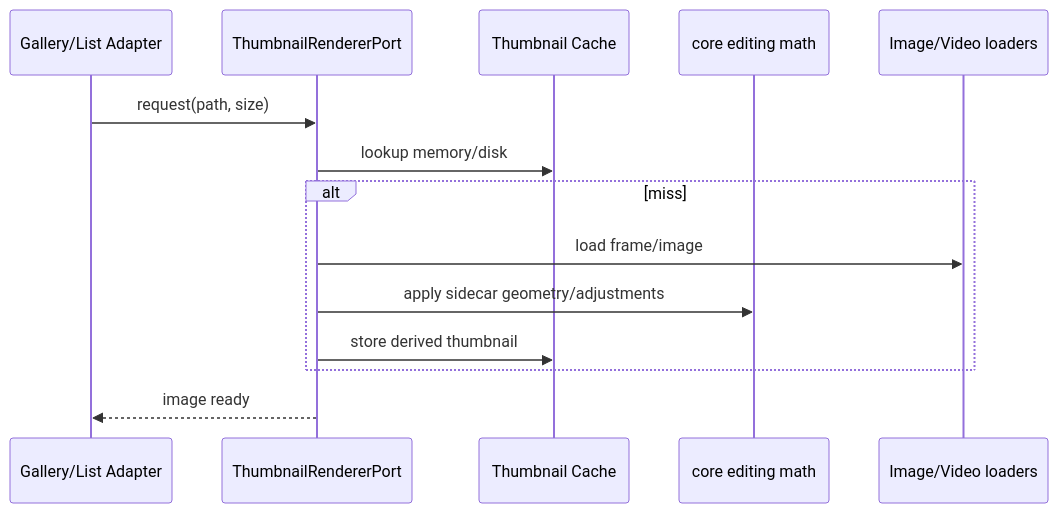
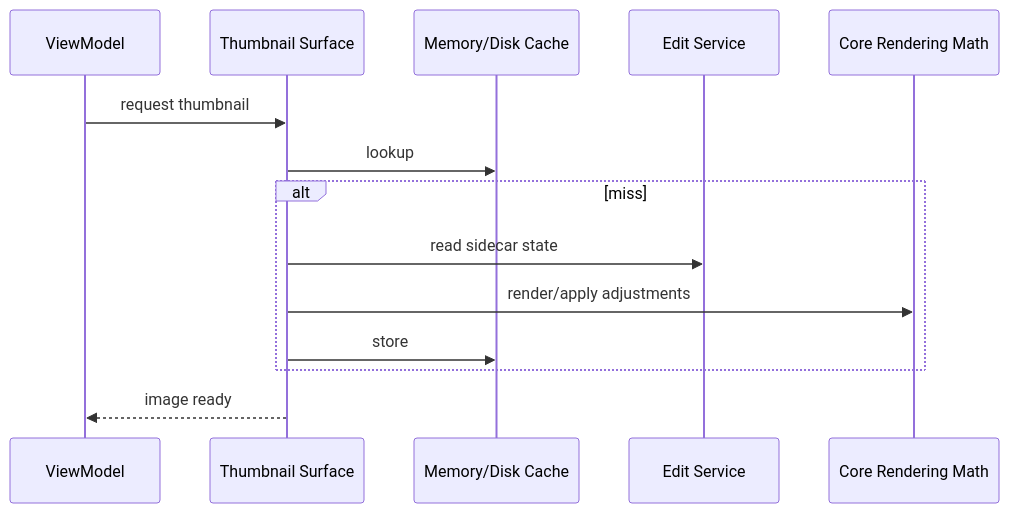
The sixth of 6 diagrams in docs/architecture.md (OliverZhaohaibin/iPhotron-LocalPhotoAlbumManager), drawn with Mermaid before and after one commit. The commit also changed other lines of this file and 5 other files, not shown here.

Commit message:
docs: align vNext architecture documentation

````diff
--- a/docs/architecture.md
+++ b/docs/architecture.md
@@ -413,17 +343,17 @@
 ```mermaid
 sequenceDiagram
-    participant VM as Gallery/List Adapter
-    participant Thumb as ThumbnailRendererPort
-    participant Cache as Thumbnail Cache
-    participant Core as core editing math
-    participant IO as Image/Video loaders
+    participant VM as ViewModel
+    participant Thumb as Thumbnail Surface
+    participant Cache as Memory/Disk Cache
+    participant Edit as Edit Service
+    participant Core as Core Rendering Math
 
-    VM->>Thumb: request(path, size)
-    Thumb->>Cache: lookup memory/disk
+    VM->>Thumb: request thumbnail
+    Thumb->>Cache: lookup
     alt miss
-        Thumb->>IO: load frame/image
-        Thumb->>Core: apply sidecar geometry/adjustments
-        Thumb->>Cache: store derived thumbnail
+        Thumb->>Edit: read sidecar state
+        Thumb->>Core: render/apply adjustments
+        Thumb->>Cache: store
     end
     Thumb-->>VM: image ready
 ```
````
